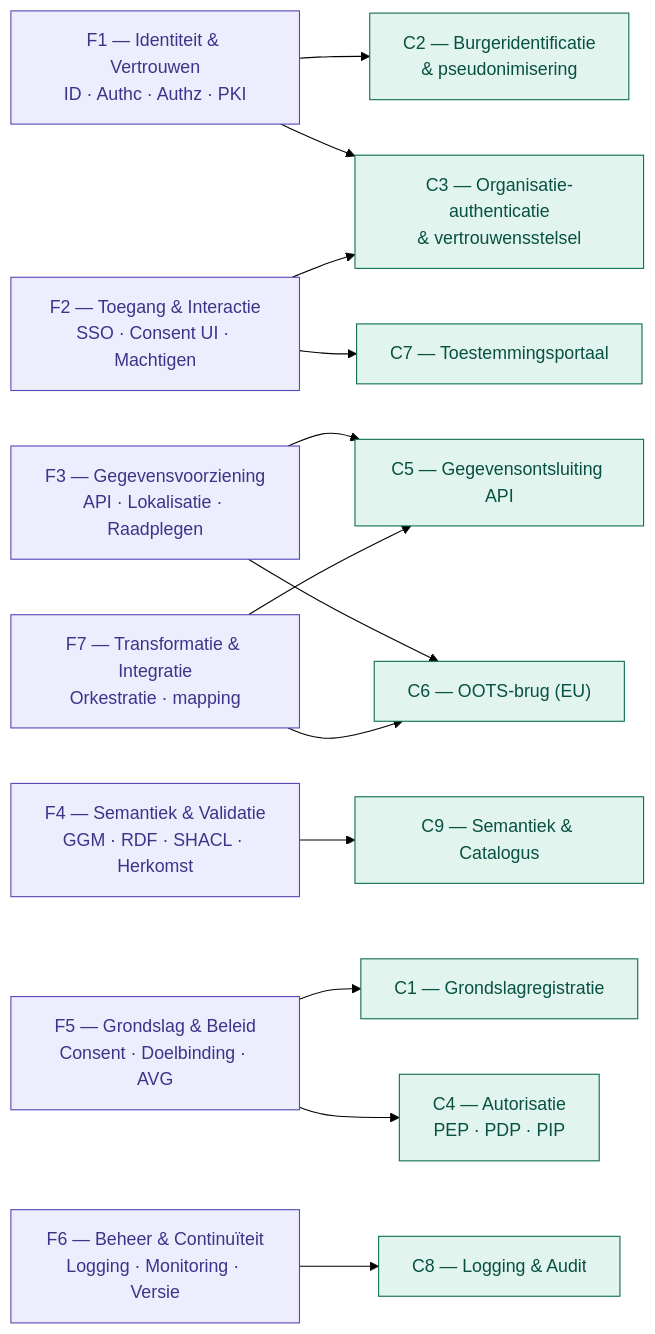
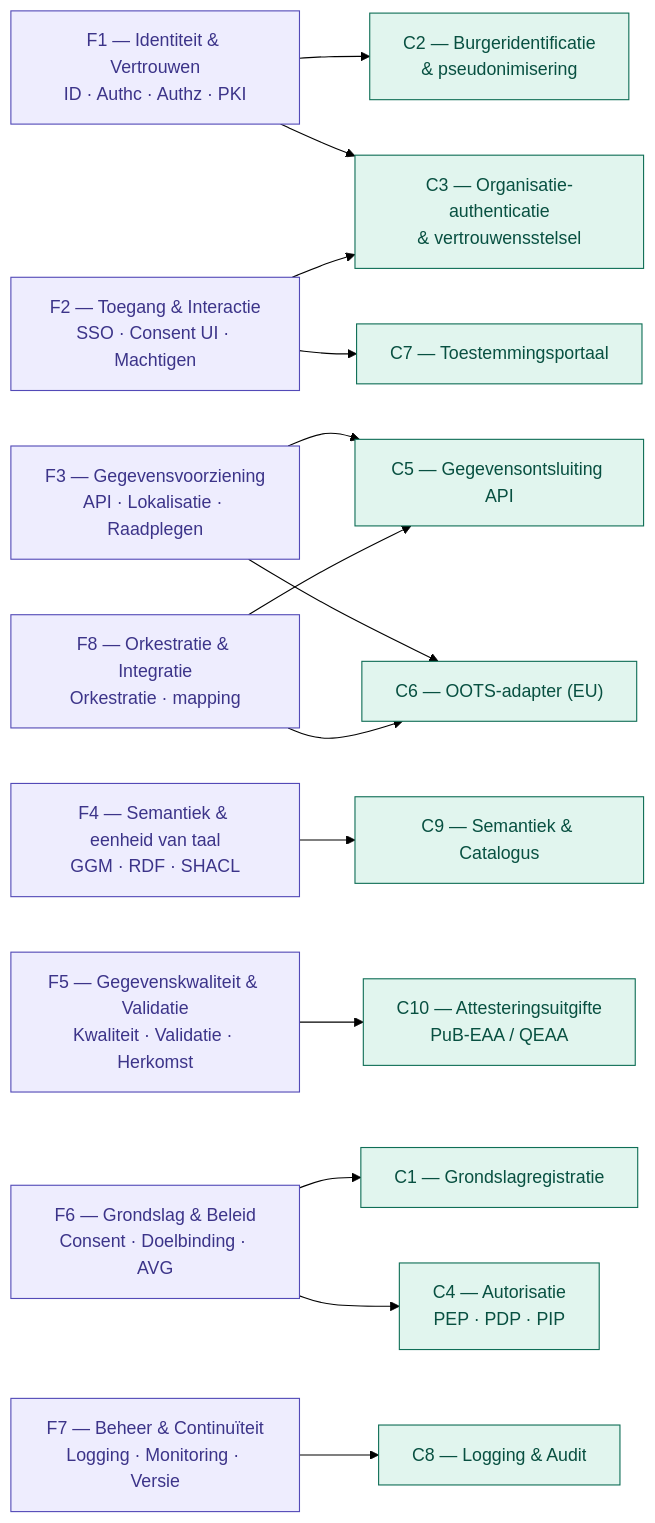
One commit to Govert-Claus/GBO-DvTP changed the diagram in docs/diagrammen/generieke-functies-capabilities.mmd. Above: the diagram before and after it, drawn with Mermaid (forest theme). The commit also changed 1 other file, not shown here.

Commit message:
attesteringsuitgifte

````diff
--- a/docs/diagrammen/generieke-functies-capabilities.mmd
+++ b/docs/diagrammen/generieke-functies-capabilities.mmd
@@ -3,44 +3,47 @@
 ```mermaid
 graph LR
     %% ── Generieke functies (links) ──────────────────────────
     F1["F1 — Identiteit & Vertrouwen\nID · Authc · Authz · PKI"]
     F2["F2 — Toegang & Interactie\nSSO · Consent UI · Machtigen"]
     F3["F3 — Gegevensvoorziening\nAPI · Lokalisatie · Raadplegen"]
-    F4["F4 — Semantiek & Validatie\nGGM · RDF · SHACL · Herkomst"]
-    F5["F5 — Grondslag & Beleid\nConsent · Doelbinding · AVG"]
-    F6["F6 — Beheer & Continuïteit\nLogging · Monitoring · Versie"]
-    F7["F7 — Transformatie & Integratie\nOrkestratie · mapping"]
+    F4["F4 — Semantiek & eenheid van taal\nGGM · RDF · SHACL"]
+    F5["F5 — Gegevenskwaliteit & Validatie\nKwaliteit · Validatie · Herkomst"]
+    F6["F6 — Grondslag & Beleid\nConsent · Doelbinding · AVG"]
+    F7["F7 — Beheer & Continuïteit\nLogging · Monitoring · Versie"]
+    F8["F8 — Orkestratie & Integratie\nOrkestratie · mapping"]
 
-    %% ── Capabilities (rechts, gesorteerd op zwaartepunt) ────
+    %% ── Capabilities (rechts, gerangschikt voor kruisingsvrije weergave) ──
     C2["C2 — Burgeridentificatie\n& pseudonimisering"]
     C3["C3 — Organisatie-authenticatie\n& vertrouwensstelsel"]
     C7["C7 — Toestemmingsportaal"]
     C9["C9 — Semantiek & Catalogus"]
+    C10["C10 — Attesteringsuitgifte\nPuB-EAA / QEAA"]
     C1["C1 — Grondslagregistratie"]
     C4["C4 — Autorisatie\nPEP · PDP · PIP"]
     C5["C5 — Gegevensontsluiting API"]
-    C6["C6 — OOTS-brug (EU)"]
+    C6["C6 — OOTS-adapter (EU)"]
     C8["C8 — Logging & Audit"]
 
     %% ── Verbindingen ────────────────────────────────────────
     F1 --> C2
     F1 --> C3
     F2 --> C3
     F2 --> C7
     F3 --> C5
     F3 --> C6
     F4 --> C9
-    F5 --> C1
-    F5 --> C4
-    F6 --> C8
-    F7 --> C5
-    F7 --> C6
+    F5 --> C10
+    F6 --> C1
+    F6 --> C4
+    F7 --> C8
+    F8 --> C5
+    F8 --> C6
 
     %% ── Stijlen ─────────────────────────────────────────────
     classDef functie fill:#EEEDFE,stroke:#534AB7,color:#3C3489
     classDef cap     fill:#E1F5EE,stroke:#0F6E56,color:#085041
 
-    class F1,F2,F3,F4,F5,F6,F7 functie
-    class C1,C2,C3,C4,C5,C6,C7,C8,C9 cap
+    class F1,F2,F3,F4,F5,F6,F7,F8 functie
+    class C1,C2,C3,C4,C5,C6,C7,C8,C9,C10 cap
 
 ```
````
